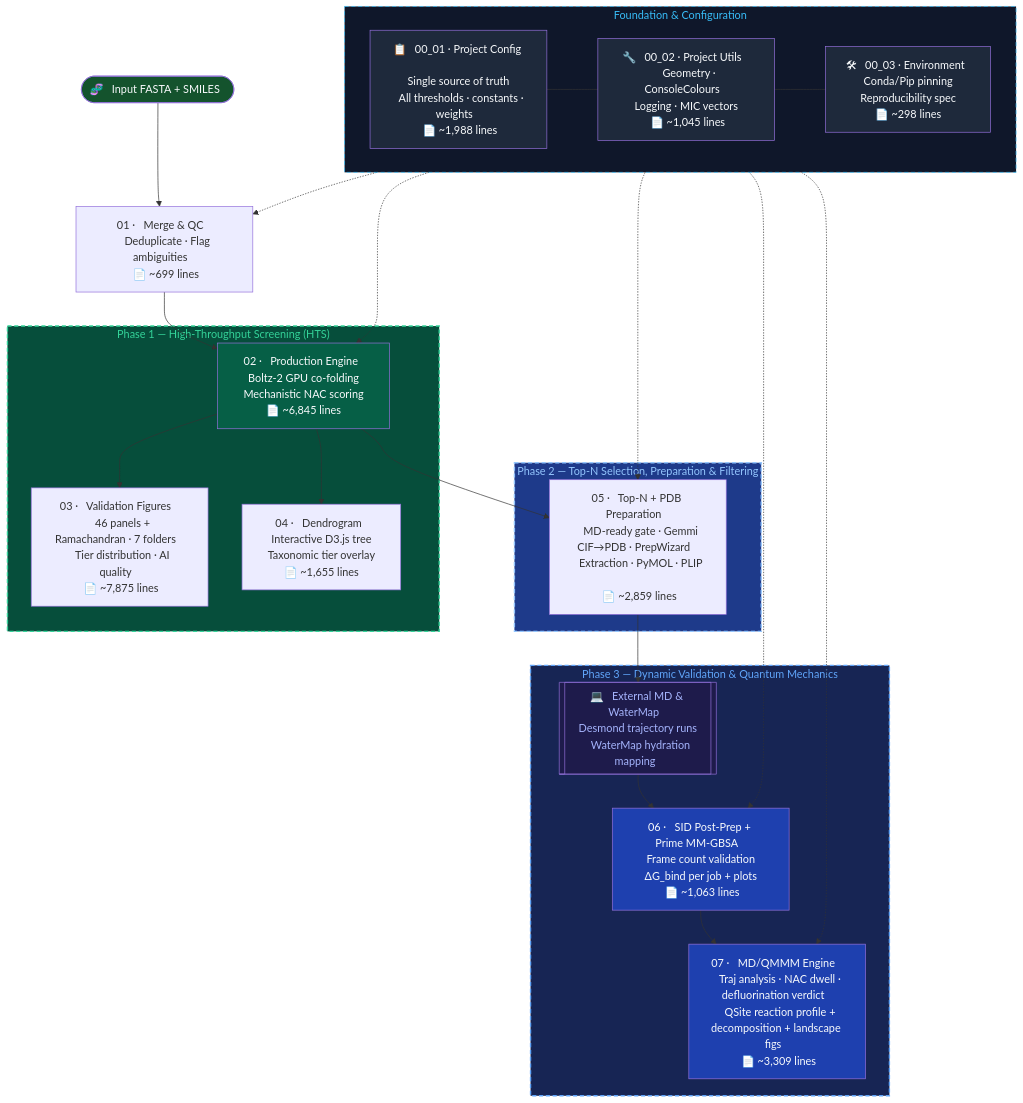
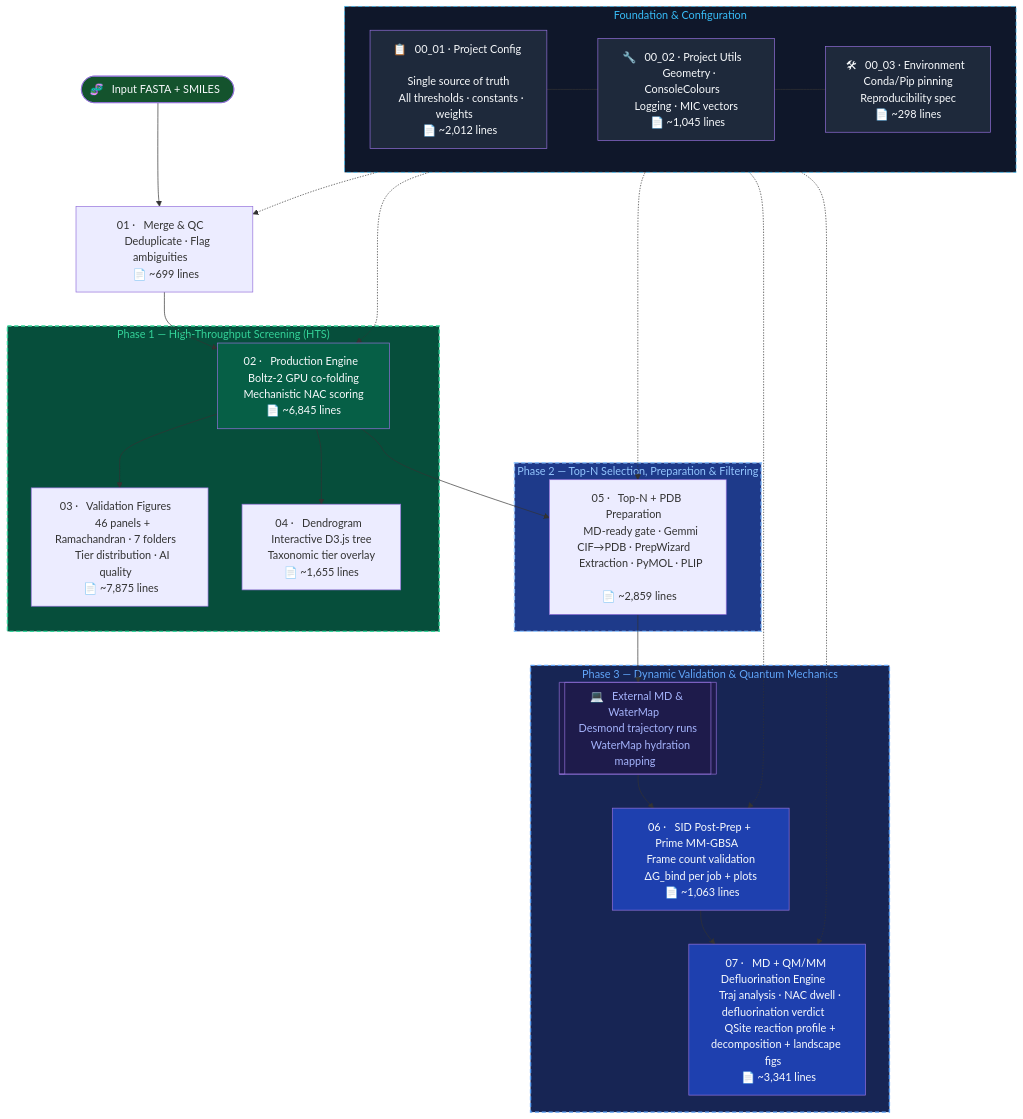
One commit to KU-MGB/DeFluorX changed the diagram in README.md. Above: the diagram before and after it, drawn with Mermaid. The commit also changed other lines of this file and 6 other files, not shown here.

First line of the commit message:
refactor(07): rename to 07_MD_QMMM_Defluorination + move new figure params to CFG (SSOT)

````diff
--- a/README.md
+++ b/README.md
@@ -189,56 +189,56 @@
 ```mermaid
 flowchart TD
     subgraph FOUNDATION["  Foundation & Configuration  "]
-        CFG["📋 &nbsp; 00_01 · Project Config &nbsp; \n &nbsp; Single source of truth &nbsp; \n &nbsp; All thresholds · constants · weights &nbsp; \n &nbsp; 📄 ~1,988 lines &nbsp; "]
+        CFG["📋 &nbsp; 00_01 · Project Config &nbsp; \n &nbsp; Single source of truth &nbsp; \n &nbsp; All thresholds · constants · weights &nbsp; \n &nbsp; 📄 ~2,012 lines &nbsp; "]
         UTL["🔧 &nbsp; 00_02 · Project Utils &nbsp; \n &nbsp; Geometry · ConsoleColours &nbsp; \n &nbsp; Logging · MIC vectors &nbsp; \n &nbsp; 📄 ~1,045 lines &nbsp; "]
         ENV["🛠 &nbsp; 00_03 · Environment &nbsp; \n &nbsp; Conda/Pip pinning &nbsp; \n &nbsp; Reproducibility spec &nbsp; \n &nbsp; 📄 ~298 lines &nbsp; "]
         CFG --- UTL --- ENV
     end
 
     START([🧬 &nbsp; Input FASTA + SMILES &nbsp;]) --> M1
     M1["01 · &nbsp; Merge & QC &nbsp; \n &nbsp; Deduplicate · Flag ambiguities &nbsp; \n &nbsp; 📄 ~699 lines &nbsp; "] --> M2
 
     subgraph PHASE1["  Phase 1 — High-Throughput Screening (HTS)  "]
         M2["02 · &nbsp; Production Engine &nbsp; \n &nbsp; Boltz-2 GPU co-folding &nbsp; \n &nbsp; Mechanistic NAC scoring &nbsp; \n &nbsp; 📄 ~6,845 lines &nbsp; "]
         M3["03 · &nbsp; Validation Figures &nbsp; \n &nbsp; 46 panels + Ramachandran · 7 folders &nbsp; \n &nbsp; Tier distribution · AI quality &nbsp; \n &nbsp; 📄 ~7,875 lines &nbsp; "]
         M4["04 · &nbsp; Dendrogram &nbsp; \n &nbsp; Interactive D3.js tree &nbsp; \n &nbsp; Taxonomic tier overlay &nbsp; \n &nbsp; 📄 ~1,655 lines &nbsp; "]
         M2 --> M3
         M2 --> M4
     end
 
     M2 --> M5
 
     subgraph PHASE2["  Phase 2 — Top-N Selection, Preparation & Filtering  "]
         M5["05 · &nbsp; Top-N + PDB Preparation &nbsp; \n &nbsp; MD-ready gate · Gemmi CIF→PDB · PrepWizard &nbsp; \n &nbsp; Extraction · PyMOL · PLIP &nbsp; \n &nbsp; 📄 ~2,859 lines &nbsp; "]
     end
 
     M5 --> EXT_MD
 
     subgraph PHASE3["  Phase 3 — Dynamic Validation & Quantum Mechanics  "]
         EXT_MD[["💻 &nbsp; External MD & WaterMap &nbsp; \n &nbsp; Desmond trajectory runs &nbsp; \n &nbsp; WaterMap hydration mapping &nbsp;"]]
         M6["06 · &nbsp; SID Post-Prep + Prime MM-GBSA &nbsp; \n &nbsp; Frame count validation &nbsp; \n &nbsp; ΔG_bind per job + plots &nbsp; \n &nbsp; 📄 ~1,063 lines &nbsp; "]
-        M7["07 · &nbsp; MD/QMMM Engine &nbsp; \n &nbsp; Traj analysis · NAC dwell · defluorination verdict &nbsp; \n &nbsp; QSite reaction profile + decomposition + landscape figs &nbsp; \n &nbsp; 📄 ~3,309 lines &nbsp; "]
+        M7["07 · &nbsp; MD + QM/MM Defluorination Engine &nbsp; \n &nbsp; Traj analysis · NAC dwell · defluorination verdict &nbsp; \n &nbsp; QSite reaction profile + decomposition + landscape figs &nbsp; \n &nbsp; 📄 ~3,341 lines &nbsp; "]
         EXT_MD --> M6 --> M7
     end
 
     %% Dependencies
     FOUNDATION -.-> M1
     FOUNDATION -.-> M2
     FOUNDATION -.-> M5
     FOUNDATION -.-> M6
     FOUNDATION -.-> M7
 
     style FOUNDATION fill:#0f172a,color:#38bdf8,stroke:#38bdf8
     style CFG fill:#1e293b,color:#f8fafc
     style UTL fill:#1e293b,color:#f8fafc
     style ENV fill:#1e293b,color:#f8fafc
     style PHASE1 fill:#064e3b,color:#34d399,stroke:#34d399,stroke-width:2px,stroke-dasharray: 6 4
     style PHASE2 fill:#1e3a8a,color:#93c5fd,stroke:#93c5fd,stroke-width:2px,stroke-dasharray: 6 4
     style PHASE3 fill:#172554,color:#60a5fa,stroke:#60a5fa,stroke-width:2px,stroke-dasharray: 6 4
     style FOUNDATION stroke-dasharray: 6 4
     style M2 fill:#065f46,color:#f8fafc
     style M6 fill:#1e40af,color:#f8fafc
     style M7 fill:#1e40af,color:#f8fafc
     style START fill:#14532d,color:#f8fafc
     style EXT_MD fill:#1e1b4b,color:#a5b4fc
 ```
````
